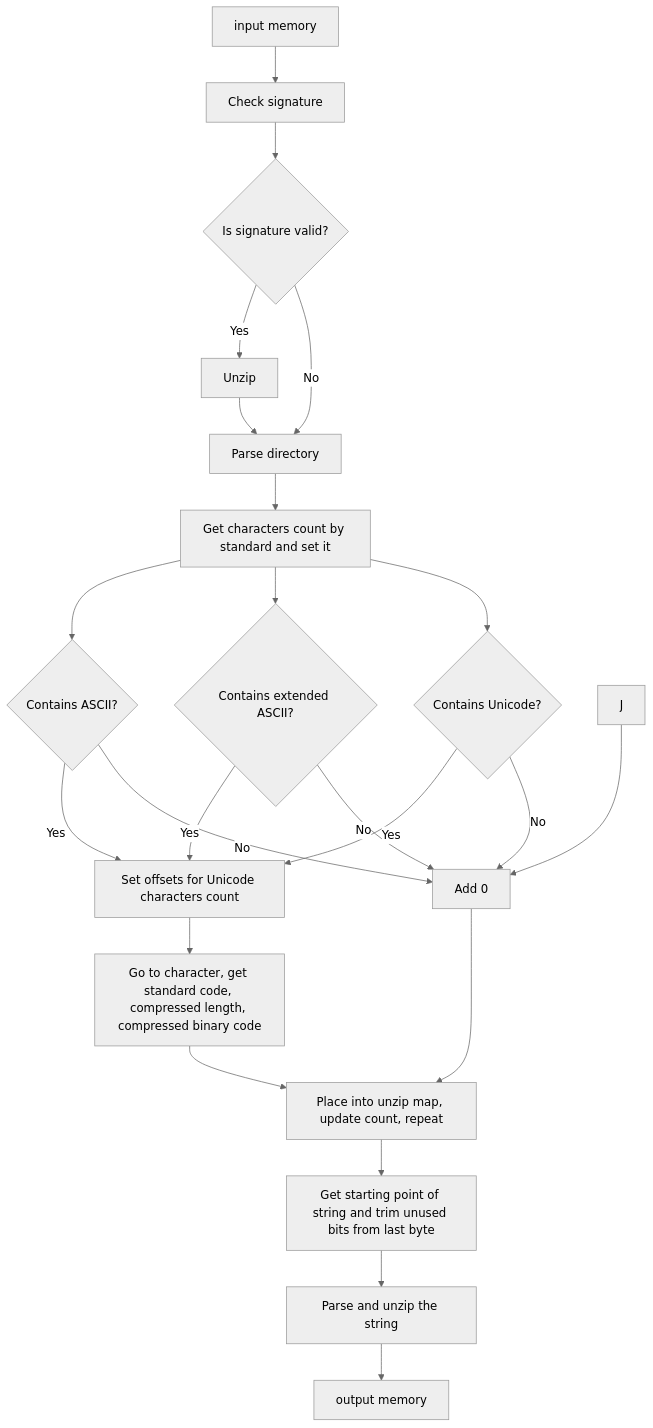
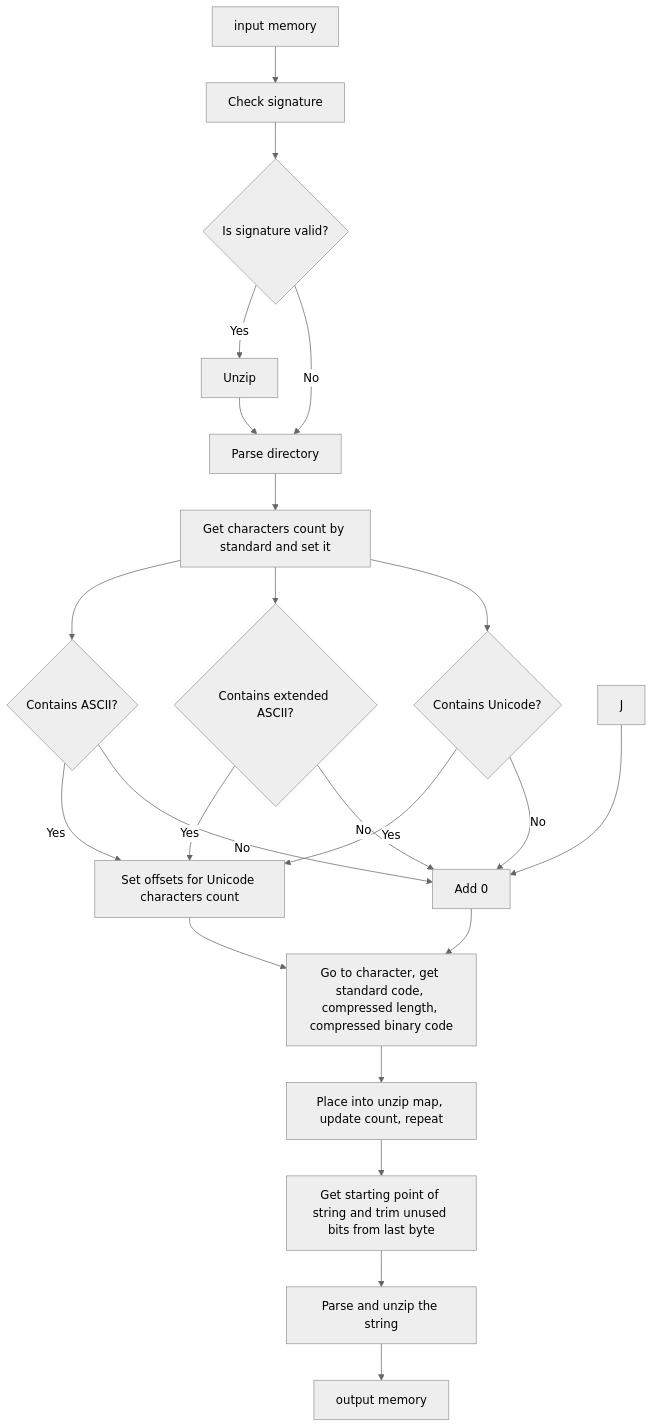
Before and after one commit to dothedada/filemakerrrr: the second of 4 diagrams in README.md, drawn with Mermaid (neutral theme).

Commit message:
Ajuste mermaid

````diff
--- a/README.md
+++ b/README.md
@@ -149,32 +149,32 @@
 ```mermaid
 flowchart TD
     A[input memory] --> B[Check signature]
     B --> C{Is signature valid?}
     C -- Yes --> D[Unzip]
     C -- No --> E[Return]
 
     D --> E[Parse directory]
     E --> F[Get characters count by standard and set it]
 
     F --> G{Contains ASCII?}
     G -- Yes --> O[Set offsets for ASCII characters count]
-    G -- No --> K
+    G -- No --> K[Add 0]
 
     F --> H{Contains extended ASCII?}
     H -- Yes --> O[Set offsets for extended ASCII characters count]
     H -- No --> K
 
     F --> I{Contains Unicode?}
     I -- Yes --> O[Set offsets for Unicode characters count]
     I -- No --> K
 
     J --> K[Add 0]
-    K --> Q
+    K --> P
 
 
     O --> P[Go to character, get standard code, compressed length, compressed binary code]
     P --> Q[Place into unzip map, update count, repeat]
     Q --> R[Get starting point of string and trim unused bits from last byte]
     R --> S[Parse and unzip the string]
     S --> T[output memory]
 ```
````
